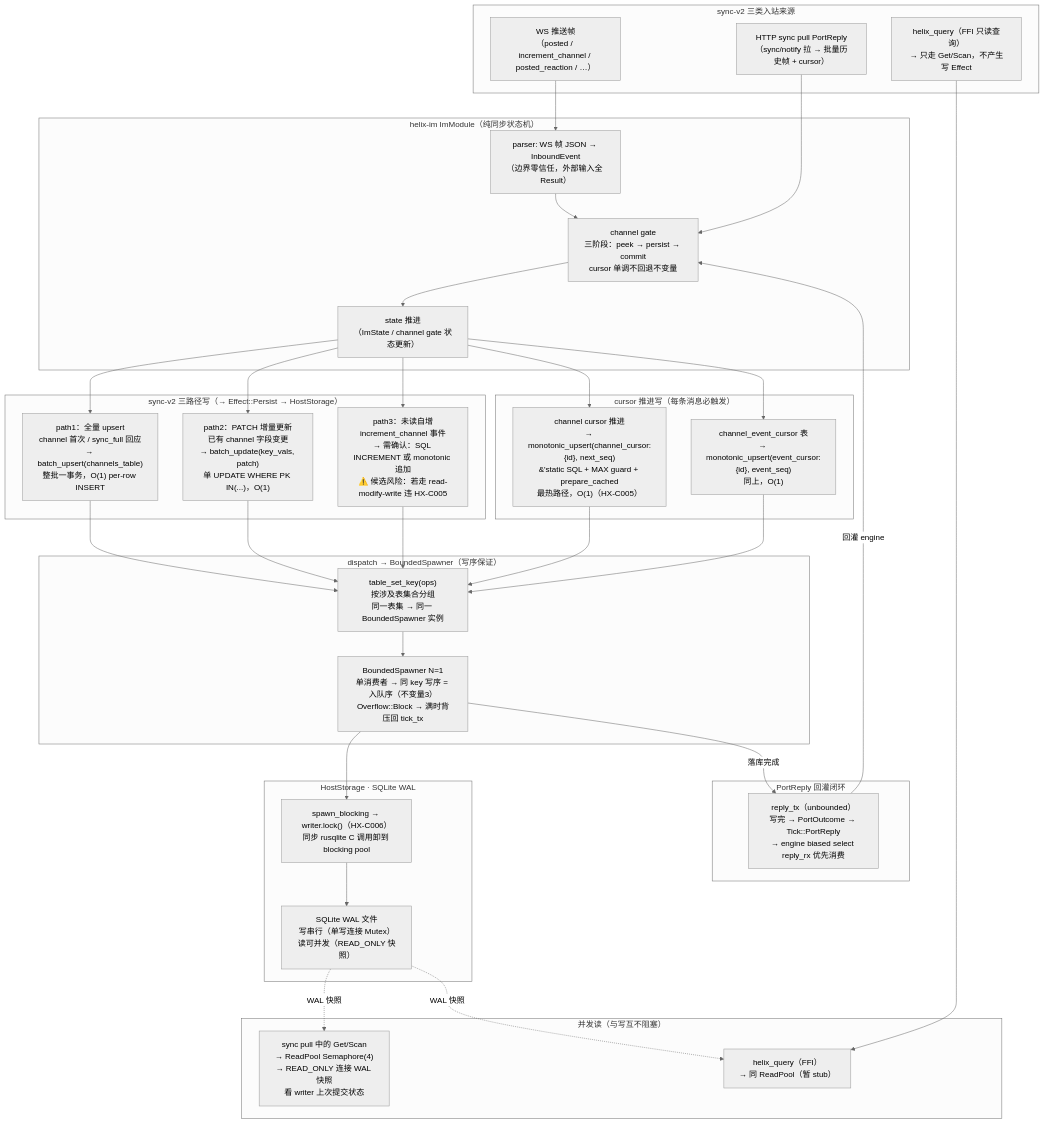
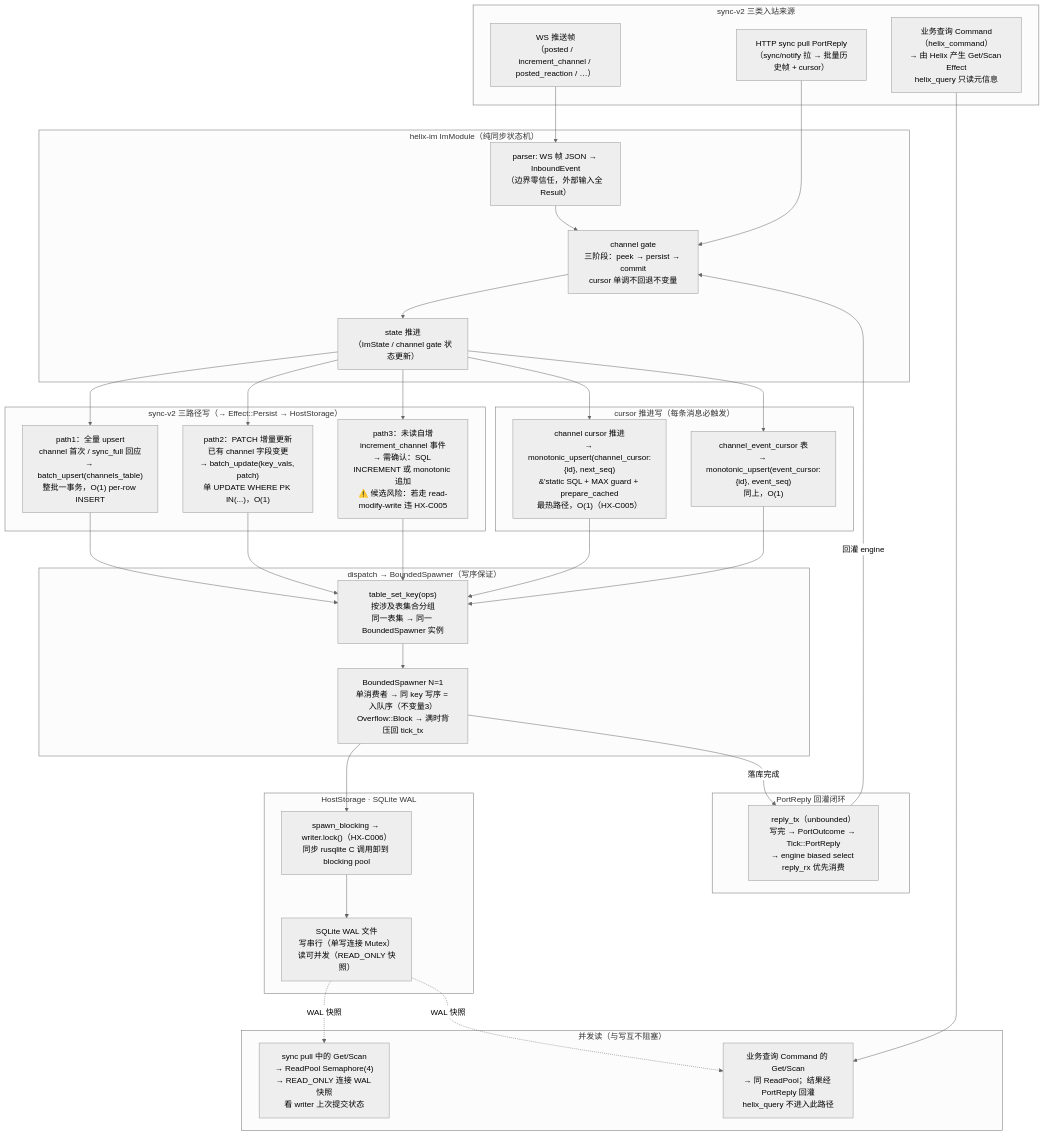
One commit to zxs1633079383/helix changed the diagram in crates/helix-driver-host/docs/design/06-sync-v2-write-load.mmd. Above: the diagram before and after it, drawn with Mermaid (neutral theme). The commit also changed 16 other files, not shown here.

```diff
--- a/crates/helix-driver-host/docs/design/06-sync-v2-write-load.mmd
+++ b/crates/helix-driver-host/docs/design/06-sync-v2-write-load.mmd
@@ -1,74 +1,74 @@
 %% Helix · helix-driver-host · sync-v2 三入口写负载流图
 %% 真源：crates/helix-im/src/（channel.rs / module.rs / acl/to_effect.rs）
 %%       crates/helix-driver-host/src/（engine.rs / spawner.rs / storage.rs）
-%% 分支：feat/sync-v2-full-replacement（worktrees/sync-v2-full-align）
+%% 当前真源：helix-im/helix-driver-host 源码与测试；不引用已删除 worktree/分支快照
 %% 关联：HX-C005（O(1) 热路径）· HX-C008（sync cursor 契约）
 
 flowchart TD
     subgraph SOURCES["sync-v2 三类入站来源"]
         WS_FRAME["WS 推送帧\n（posted / increment_channel / posted_reaction / …）"]
         SYNC_REPLY["HTTP sync pull PortReply\n（sync/notify 拉 → 批量历史帧 + cursor）"]
-        QUERY_R["helix_query（FFI 只读查询）\n→ 只走 Get/Scan，不产生写 Effect"]
+        QUERY_R["业务查询 Command（helix_command）\n→ 由 Helix 产生 Get/Scan Effect\nhelix_query 只读元信息"]
     end
 
     subgraph IM_MODULE["helix-im ImModule（纯同步状态机）"]
         PARSE["parser: WS 帧 JSON → InboundEvent\n（边界零信任，外部输入全 Result）"]
         GATE["channel gate\n三阶段：peek → persist → commit\ncursor 单调不回退不变量"]
         STATE["state 推进\n（ImState / channel gate 状态更新）"]
     end
 
     WS_FRAME --> PARSE --> GATE
     SYNC_REPLY --> GATE
     GATE --> STATE
 
     subgraph WRITE_PATHS["sync-v2 三路径写（→ Effect::Persist → HostStorage）"]
         P1["path1：全量 upsert\nchannel 首次 / sync_full 回应\n→ batch_upsert(channels_table)\n整批一事务，O(1) per-row INSERT"]
         P2["path2：PATCH 增量更新\n已有 channel 字段变更\n→ batch_update(key_vals, patch)\n单 UPDATE WHERE PK IN(...)，O(1)"]
         P3["path3：未读自增\nincrement_channel 事件\n→ 需确认：SQL INCREMENT 或 monotonic 追加\n⚠️ 候选风险：若走 read-modify-write 违 HX-C005"]
     end
 
     subgraph CURSOR_WRITES["cursor 推进写（每条消息必触发）"]
         CURSOR["channel cursor 推进\n→ monotonic_upsert(channel_cursor:{id}, next_seq)\n&'static SQL + MAX guard + prepare_cached\n最热路径，O(1)（HX-C005）"]
         EVENT_CURSOR["channel_event_cursor 表\n→ monotonic_upsert(event_cursor:{id}, event_seq)\n同上，O(1)"]
     end
 
     STATE --> P1
     STATE --> P2
     STATE --> P3
     STATE --> CURSOR
     STATE --> EVENT_CURSOR
 
     subgraph PERSIST_DISPATCH["dispatch → BoundedSpawner（写序保证）"]
         BKEY["table_set_key(ops)\n按涉及表集合分组\n同一表集 → 同一 BoundedSpawner 实例"]
         BSN1["BoundedSpawner N=1\n单消费者 → 同 key 写序 = 入队序（不变量3）\nOverflow::Block → 满时背压回 tick_tx"]
     end
 
     P1 --> BKEY
     P2 --> BKEY
     P3 --> BKEY
     CURSOR --> BKEY
     EVENT_CURSOR --> BKEY
     BKEY --> BSN1
 
     subgraph HOST_STORAGE["HostStorage · SQLite WAL"]
         SB_WRITE["spawn_blocking → writer.lock()（HX-C006）\n同步 rusqlite C 调用卸到 blocking pool"]
         WAL["SQLite WAL 文件\n写串行（单写连接 Mutex）\n读可并发（READ_ONLY 快照）"]
     end
 
     BSN1 --> SB_WRITE --> WAL
 
     subgraph READ_CONCURRENT["并发读（与写互不阻塞）"]
         SYNC_READ["sync pull 中的 Get/Scan\n→ ReadPool Semaphore(4)\n→ READ_ONLY 连接 WAL 快照\n看 writer 上次提交状态"]
-        QUERY_READ["helix_query（FFI）\n→ 同 ReadPool（暂 stub）"]
+        QUERY_READ["业务查询 Command 的 Get/Scan\n→ 同 ReadPool；结果经 PortReply 回灌\nhelix_query 不进入此路径"]
     end
 
     WAL -.->|"WAL 快照"| SYNC_READ
     WAL -.->|"WAL 快照"| QUERY_READ
     QUERY_R --> QUERY_READ
 
     subgraph REPLY_LOOP["PortReply 回灌闭环"]
         REPLY_TX["reply_tx（unbounded）\n写完 → PortOutcome → Tick::PortReply\n→ engine biased select reply_rx 优先消费"]
     end
 
     BSN1 -->|"落库完成"| REPLY_TX
     REPLY_TX -->|"回灌 engine"| GATE
```
